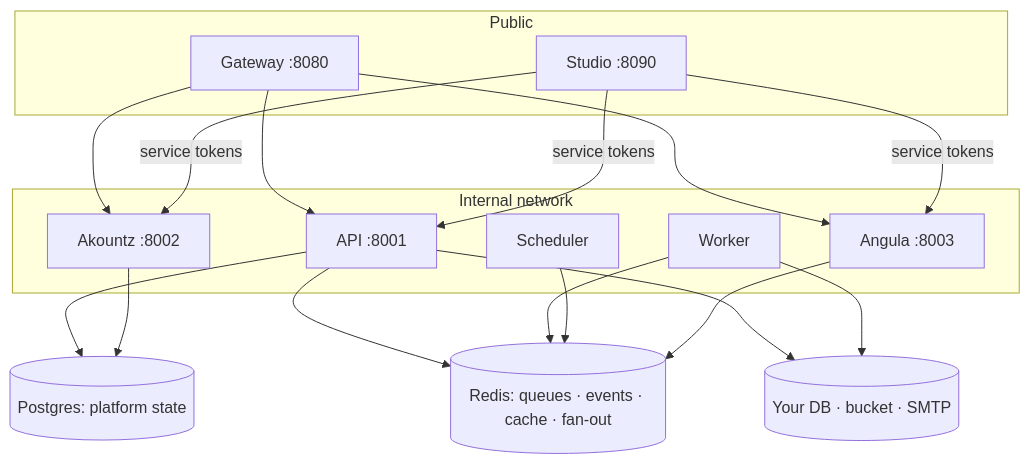
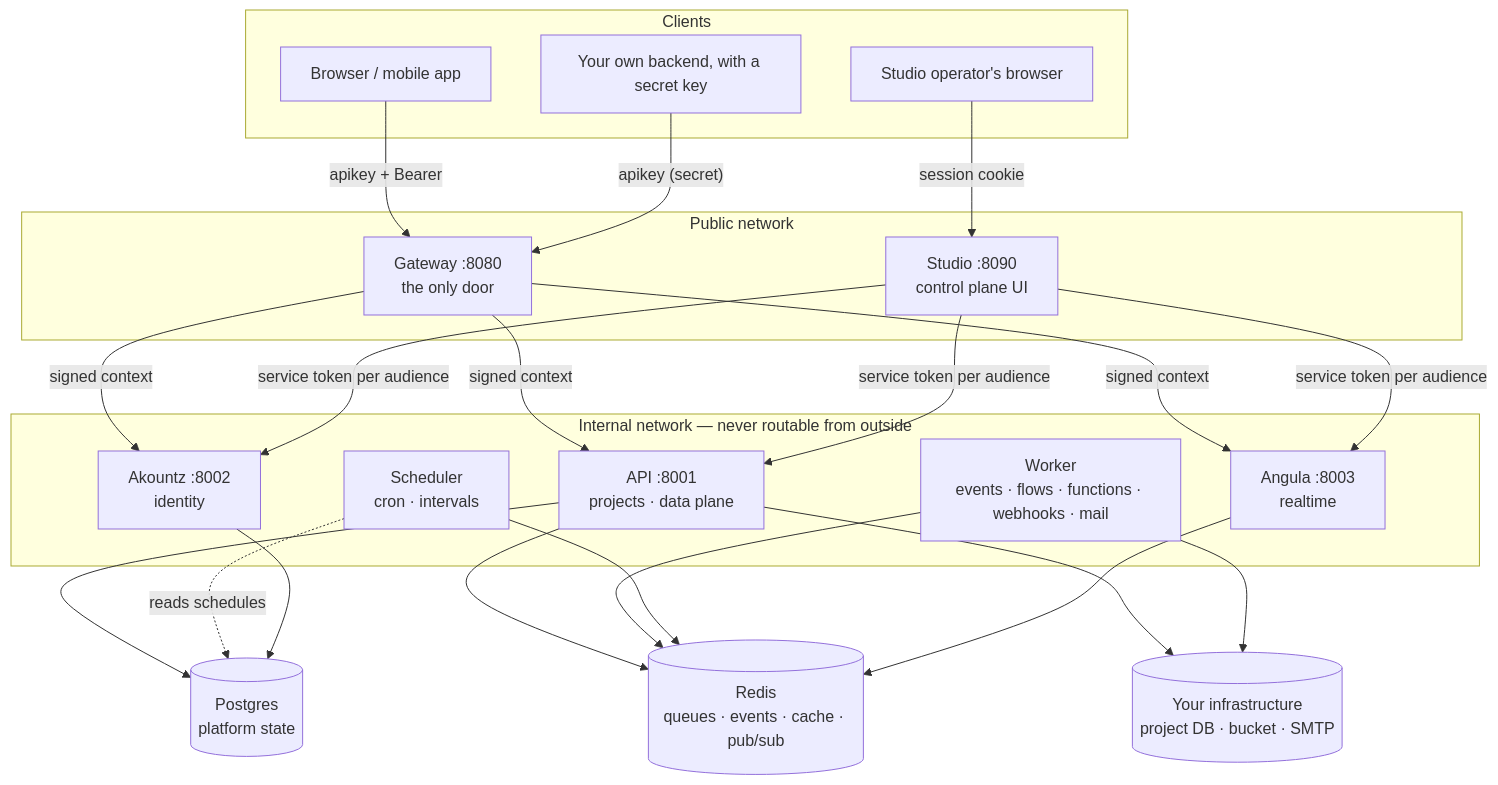
The first of 5 diagrams in apps/docs/concepts/architecture.mdx (sillohq/pawabase), drawn with Mermaid before and after one commit. The commit also changed other lines of this file, not shown here.

First line of the commit message:
docs(architecture): expand system topology and service descriptions

````diff
--- a/apps/docs/concepts/architecture.mdx
+++ b/apps/docs/concepts/architecture.mdx
@@ -9,24 +21,41 @@
 ```mermaid
 flowchart TB
-  subgraph public[Public]
-    gw[Gateway :8080]
-    studio[Studio :8090]
+  subgraph clients[Clients]
+    browser[Browser / mobile app]
+    operator[Studio operator's browser]
+    server[Your own backend, with a secret key]
   end
-  subgraph core[Internal network]
-    api[API :8001]
-    worker[Worker]
-    sched[Scheduler]
-    ak[Akountz :8002]
-    an[Angula :8003]
+  subgraph public[Public network]
+    gw["Gateway :8080<br/>the only door"]
+    studio["Studio :8090<br/>control plane UI"]
   end
-  pg[(Postgres: platform state)]
-  redis[(Redis: queues · events · cache · fan-out)]
-  yours[(Your DB · bucket · SMTP)]
-  gw --> api & ak & an
-  studio -->|service tokens| api & ak & an
-  api --> pg & redis & yours
-  worker --> redis & yours
+  subgraph core[Internal network — never routable from outside]
+    api["API :8001<br/>projects · data plane"]
+    worker["Worker<br/>events · flows · functions · webhooks · mail"]
+    sched["Scheduler<br/>cron · intervals"]
+    ak["Akountz :8002<br/>identity"]
+    an["Angula :8003<br/>realtime"]
+  end
+  pg[("Postgres<br/>platform state")]
+  redis[("Redis<br/>queues · events · cache · pub/sub")]
+  yours[("Your infrastructure<br/>project DB · bucket · SMTP")]
+
+  browser -- "apikey + Bearer" --> gw
+  server -- "apikey (secret)" --> gw
+  operator -- "session cookie" --> studio
+  gw -- "signed context" --> api
+  gw -- "signed context" --> ak
+  gw -- "signed context" --> an
+  studio -- "service token per audience" --> api
+  studio -- "service token per audience" --> ak
+  studio -- "service token per audience" --> an
+  api --> pg
+  api --> redis
+  api --> yours
+  worker --> redis
+  worker --> yours
   sched --> redis
+  sched -.->|reads schedules| pg
   ak --> pg
   an --> redis
 ```
````
